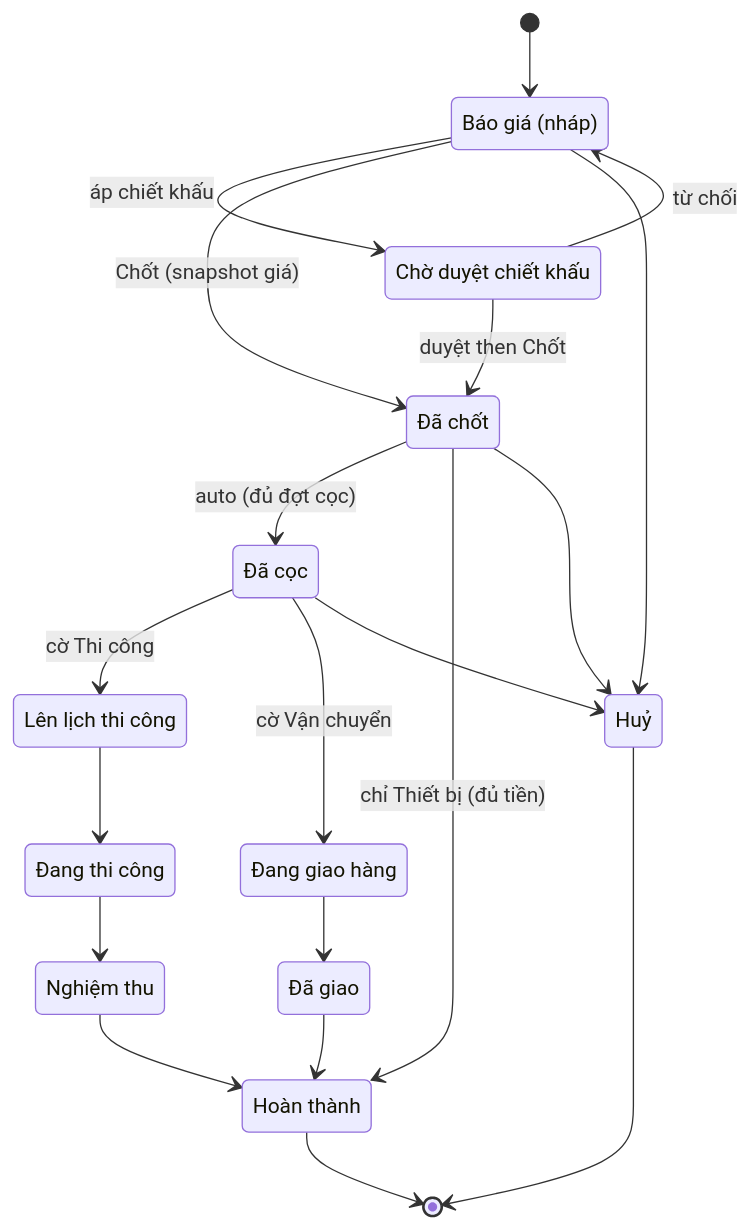
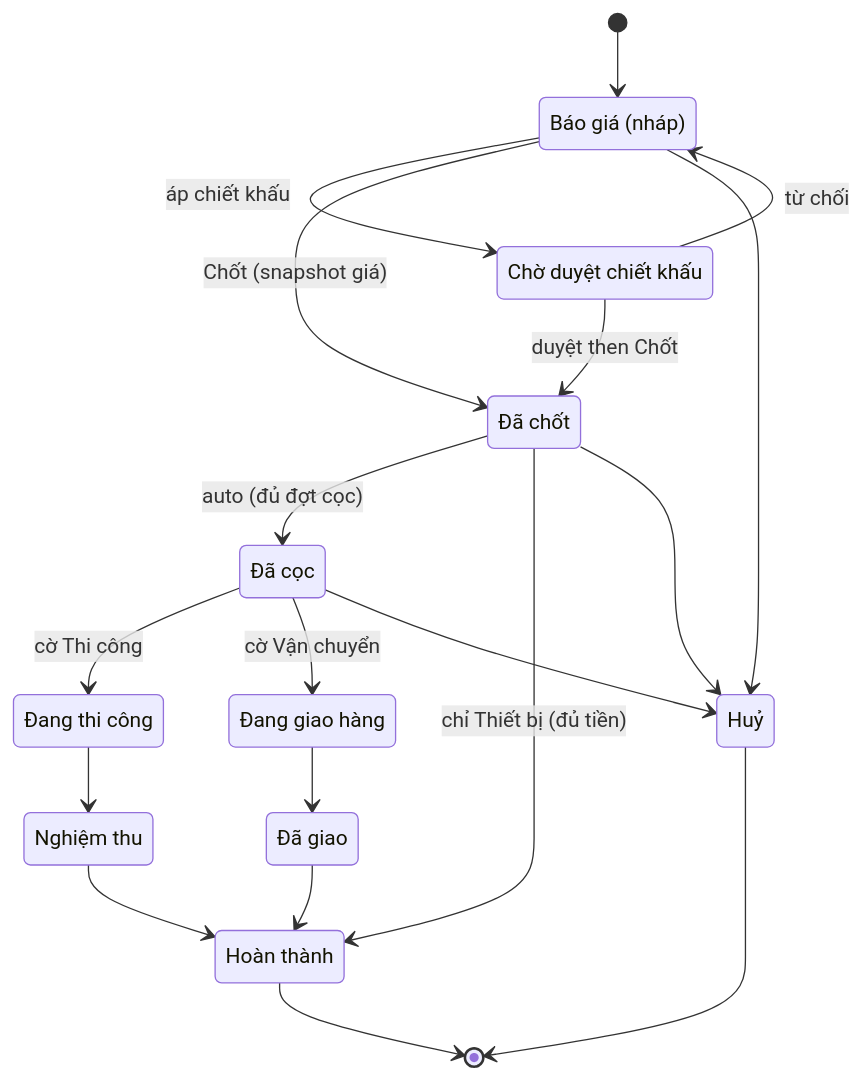
Before and after one commit to nquangphan/Solar-Energy-Management: the third of 4 diagrams in _bmad-output/planning-artifacts/architecture/architecture-Solar-Energy-Management-2026-07-07/ARCHITECTURE-SPINE.md, drawn with Mermaid. The commit also changed other lines of this file and 5 other files, not shown here.

````diff
--- a/_bmad-output/planning-artifacts/architecture/architecture-Solar-Energy-Management-2026-07-07/ARCHITECTURE-SPINE.md
+++ b/_bmad-output/planning-artifacts/architecture/architecture-Solar-Energy-Management-2026-07-07/ARCHITECTURE-SPINE.md
@@ -276,33 +374,31 @@
 ```mermaid
 stateDiagram-v2
     state "Báo giá (nháp)" as BaoGia
     state "Chờ duyệt chiết khấu" as ChoDuyet
     state "Đã chốt" as DaChot
     state "Đã cọc" as DaCoc
-    state "Lên lịch thi công" as LenLich
     state "Đang thi công" as DangTC
     state "Nghiệm thu" as NghiemThu
     state "Đang giao hàng" as DangGiao
     state "Đã giao" as DaGiao
     state "Hoàn thành" as HoanThanh
     state "Huỷ" as Huy
     [*] --> BaoGia
     BaoGia --> ChoDuyet : áp chiết khấu
     ChoDuyet --> BaoGia : từ chối
     ChoDuyet --> DaChot : duyệt then Chốt
     BaoGia --> DaChot : Chốt (snapshot giá)
     DaChot --> DaCoc : auto (đủ đợt cọc)
-    DaCoc --> LenLich : cờ Thi công
-    LenLich --> DangTC
+    DaCoc --> DangTC : cờ Thi công
     DangTC --> NghiemThu
     DaCoc --> DangGiao : cờ Vận chuyển
     DangGiao --> DaGiao
     NghiemThu --> HoanThanh
     DaGiao --> HoanThanh
     DaChot --> HoanThanh : chỉ Thiết bị (đủ tiền)
     BaoGia --> Huy
     DaChot --> Huy
     DaCoc --> Huy
     HoanThanh --> [*]
     Huy --> [*]
 ```
````
